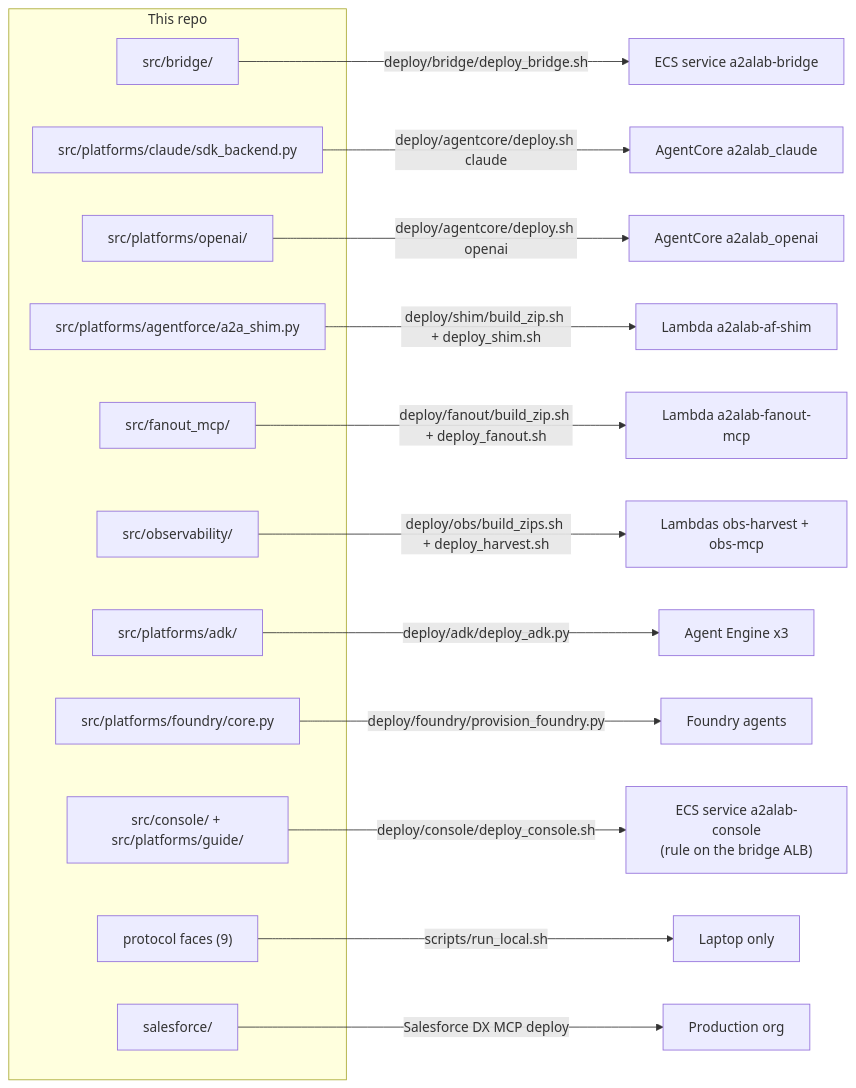
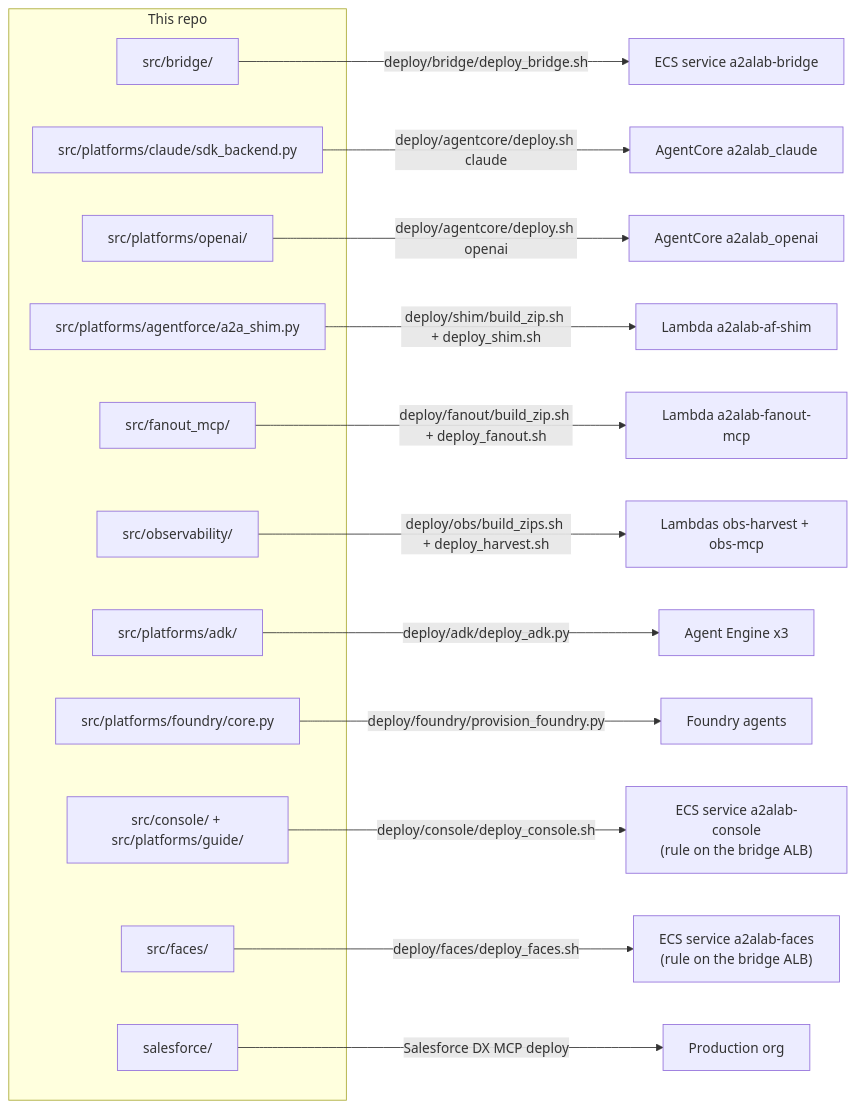
The seventh of 7 diagrams in plan/09-deployment-map.md (congmingwudi/a2a-lab), drawn with Mermaid before and after one commit. The commit also changed other lines of this file and 14 other files, not shown here.

````diff
--- a/plan/09-deployment-map.md
+++ b/plan/09-deployment-map.md
@@ -493,27 +494,27 @@
 ```mermaid
 flowchart LR
   subgraph REPO["This repo"]
     R1["src/bridge/"]
     R2["src/platforms/claude/sdk_backend.py"]
     R3["src/platforms/openai/"]
     R4["src/platforms/agentforce/a2a_shim.py"]
     R5["src/fanout_mcp/"]
     R6["src/observability/"]
     R7["src/platforms/adk/"]
     R8["src/platforms/foundry/core.py"]
     R9["src/console/ + src/platforms/guide/"]
-    R11["protocol faces (9)"]
+    R11["src/faces/"]
     R10["salesforce/"]
   end
   R1 -->|"deploy/bridge/deploy_bridge.sh"| D1["ECS service a2alab-bridge"]
   R2 -->|"deploy/agentcore/deploy.sh claude"| D2["AgentCore a2alab_claude"]
   R3 -->|"deploy/agentcore/deploy.sh openai"| D3["AgentCore a2alab_openai"]
   R4 -->|"deploy/shim/build_zip.sh + deploy_shim.sh"| D4["Lambda a2alab-af-shim"]
   R5 -->|"deploy/fanout/build_zip.sh + deploy_fanout.sh"| D5["Lambda a2alab-fanout-mcp"]
   R6 -->|"deploy/obs/build_zips.sh + deploy_harvest.sh"| D6["Lambdas obs-harvest + obs-mcp"]
   R7 -->|"deploy/adk/deploy_adk.py"| D7["Agent Engine x3"]
   R8 -->|"deploy/foundry/provision_foundry.py"| D8["Foundry agents"]
   R9 -->|"deploy/console/deploy_console.sh"| D9["ECS service a2alab-console<br/>(rule on the bridge ALB)"]
-  R11 -->|"scripts/run_local.sh"| D11["Laptop only"]
+  R11 -->|"deploy/faces/deploy_faces.sh"| D11["ECS service a2alab-faces<br/>(rule on the bridge ALB)"]
   R10 -->|"Salesforce DX MCP deploy"| D10["Production org"]
 ```
````
